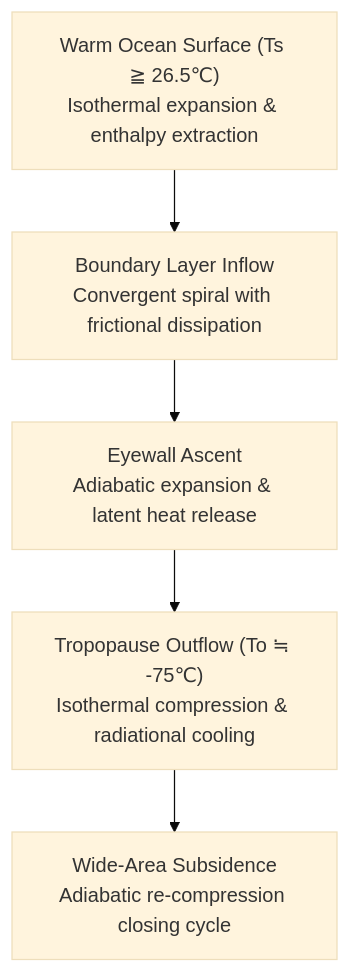
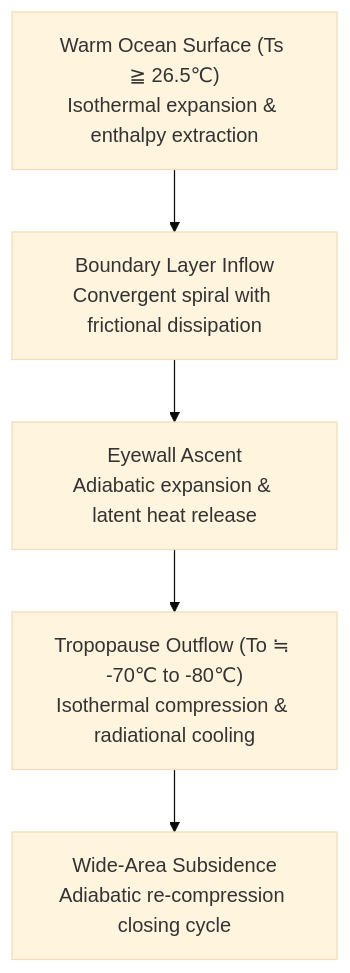
One commit to kenjinote/blog changed the first of 11 diagrams in content/post/typhoon-meteorology-mechanisms-historic-disasters-guide/index.en.md. Above: the diagram before and after it, drawn with Mermaid (base theme). The commit also changed other lines of this file and 11 other files, not shown here.

````diff
--- a/content/post/typhoon-meteorology-mechanisms-historic-disasters-guide/index.en.md
+++ b/content/post/typhoon-meteorology-mechanisms-historic-disasters-guide/index.en.md
@@ -57,7 +57,7 @@
 ```mermaid
 flowchart TD
     OCEAN["Warm Ocean Surface (Ts ≧ 26.5℃)<br/>Isothermal expansion & enthalpy extraction"] --> INFLOW["Boundary Layer Inflow<br/>Convergent spiral with frictional dissipation"]
     INFLOW --> EYEWALL["Eyewall Ascent<br/>Adiabatic expansion & latent heat release"]
-    EYEWALL --> OUTFLOW["Tropopause Outflow (To ≒ -75℃)<br/>Isothermal compression & radiational cooling"]
+    EYEWALL --> OUTFLOW["Tropopause Outflow (To ≒ -70℃ to -80℃)<br/>Isothermal compression & radiational cooling"]
     OUTFLOW --> SINK["Wide-Area Subsidence<br/>Adiabatic re-compression closing cycle"]
 ```
````
